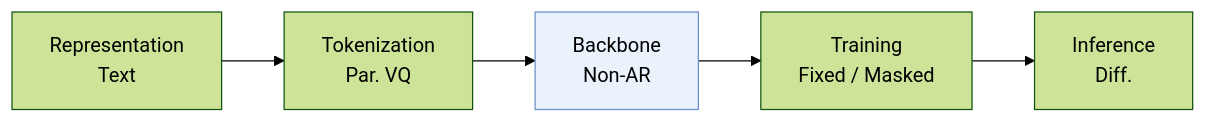
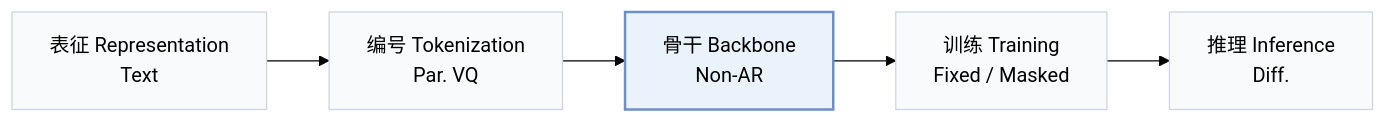
Before and after one commit to Galaxy-ghost/Awesome-SID-Generative-Rec: the first of 4 diagrams in pages/zh/papers/llada-rec.md, drawn with Mermaid (forest theme). The commit also changed other lines of this file and 649 other files, not shown here.

Commit message:
writer-05: also tags and modality index (schema, check, build, visuals); summary field removed; calibration data for 12 papers

````diff
--- a/pages/zh/papers/llada-rec.md
+++ b/pages/zh/papers/llada-rec.md
@@ -13,6 +15,8 @@
 ```mermaid
 flowchart LR
-    R["Representation<br/>Text"] --> T["Tokenization<br/>Par. VQ"] --> B["Backbone<br/>Non-AR"] --> TR["Training<br/>Fixed / Masked"] --> I["Inference<br/>Diff."]
-    classDef main fill:#eaf2fb,stroke:#6b8fc7
+    R["表征 Representation<br/>Text"] --> T["编号 Tokenization<br/>Par. VQ"] --> B["骨干 Backbone<br/>Non-AR"] --> TR["训练 Training<br/>Fixed / Masked"] --> I["推理 Inference<br/>Diff."]
+    classDef base fill:#f8fafc,stroke:#cbd5e1
+    class R,T,B,TR,I base
+    classDef main fill:#eaf2fb,stroke:#6b8fc7,stroke-width:2px
     class B main
 ```
````
